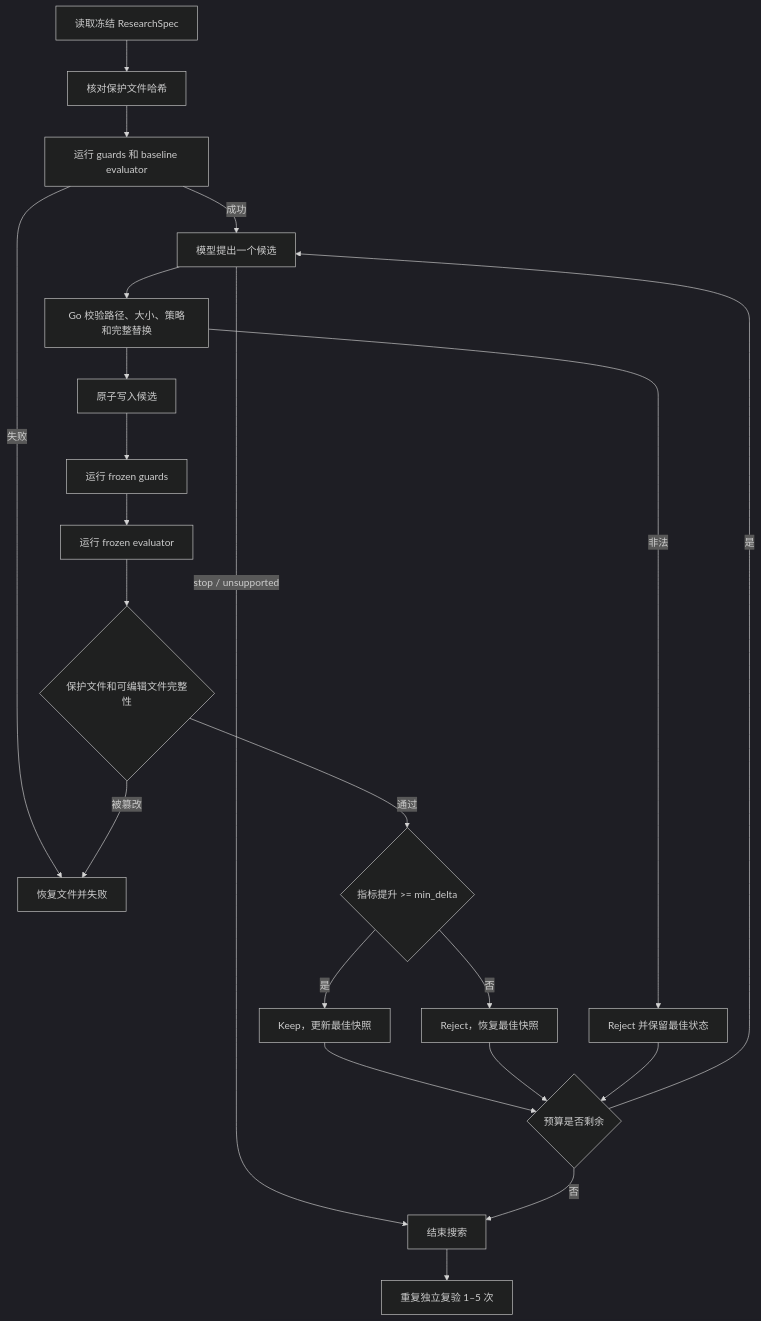
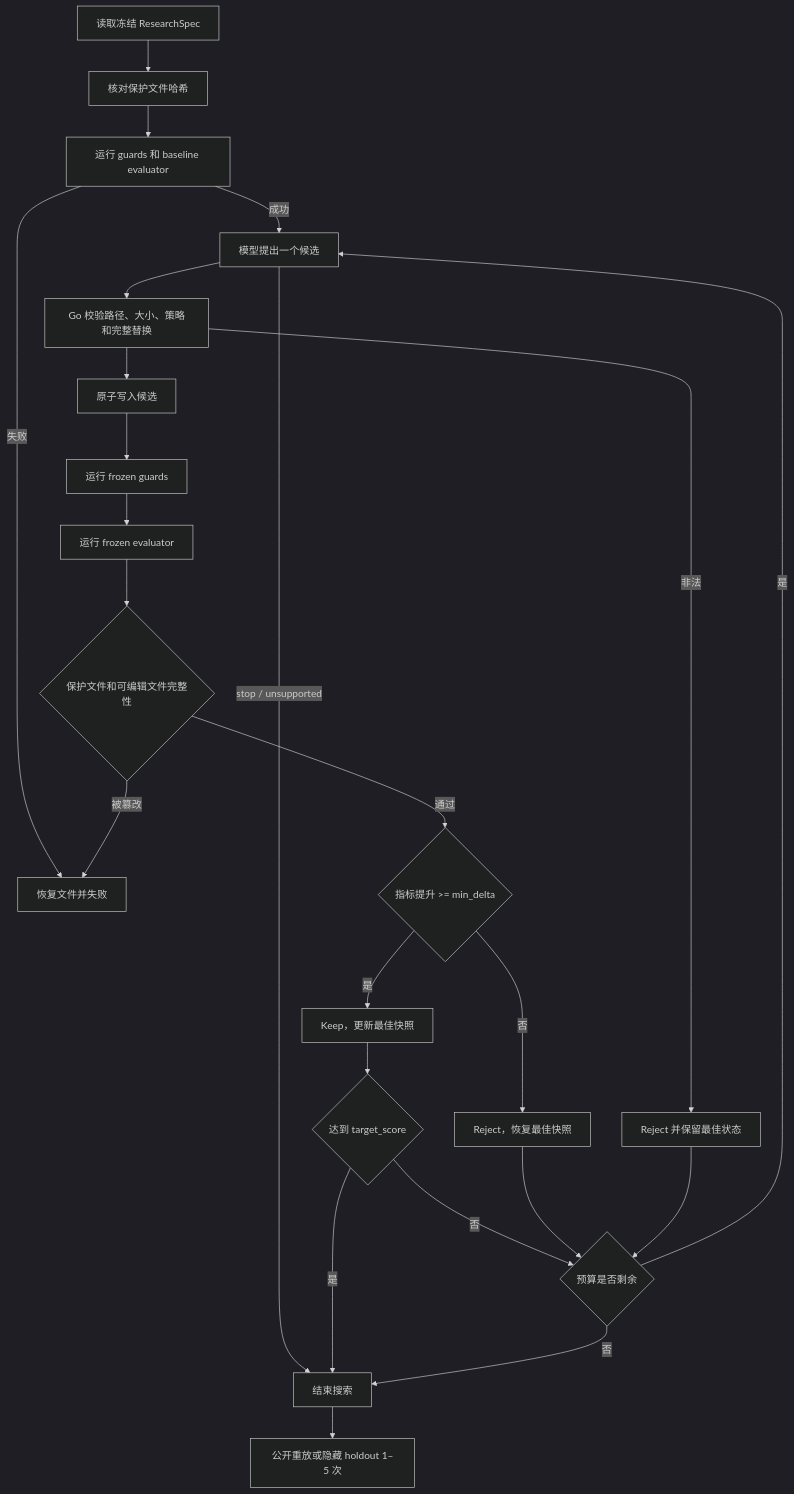
The diagram in scholar-agent/docs/autoresearch/03_research_coding_harness.md (yu-xin-c/Sea-mult-agent), drawn with Mermaid (dark theme) before and after one commit. The commit also changed other lines of this file and 81 other files, not shown here.

````diff
--- a/scholar-agent/docs/autoresearch/03_research_coding_harness.md
+++ b/scholar-agent/docs/autoresearch/03_research_coding_harness.md
@@ -5,24 +5,26 @@
 ```mermaid
 flowchart TD
     F["读取冻结 ResearchSpec"] --> H["核对保护文件哈希"]
     H --> B["运行 guards 和 baseline evaluator"]
     B -->|"失败"| X["恢复文件并失败"]
     B -->|"成功"| P["模型提出一个候选"]
     P -->|"stop / unsupported"| Z["结束搜索"]
     P --> C["Go 校验路径、大小、策略和完整替换"]
     C -->|"非法"| RJ["Reject 并保留最佳状态"]
     C --> T["原子写入候选"]
     T --> G["运行 frozen guards"]
     G --> E["运行 frozen evaluator"]
     E --> I{"保护文件和可编辑文件完整性"}
     I -->|"被篡改"| X
     I -->|"通过"| D{"指标提升 >= min_delta"}
     D -->|"是"| K["Keep，更新最佳快照"]
     D -->|"否"| R["Reject，恢复最佳快照"]
-    K --> Q{"预算是否剩余"}
+    K --> TS{"达到 target_score"}
+    TS -->|"是"| Z
+    TS -->|"否"| Q{"预算是否剩余"}
     R --> Q
     RJ --> Q
     Q -->|"是"| P
     Q -->|"否"| Z
-    Z --> V["重复独立复验 1–5 次"]
+    Z --> V["公开重放或隐藏 holdout 1–5 次"]
 ```
````
